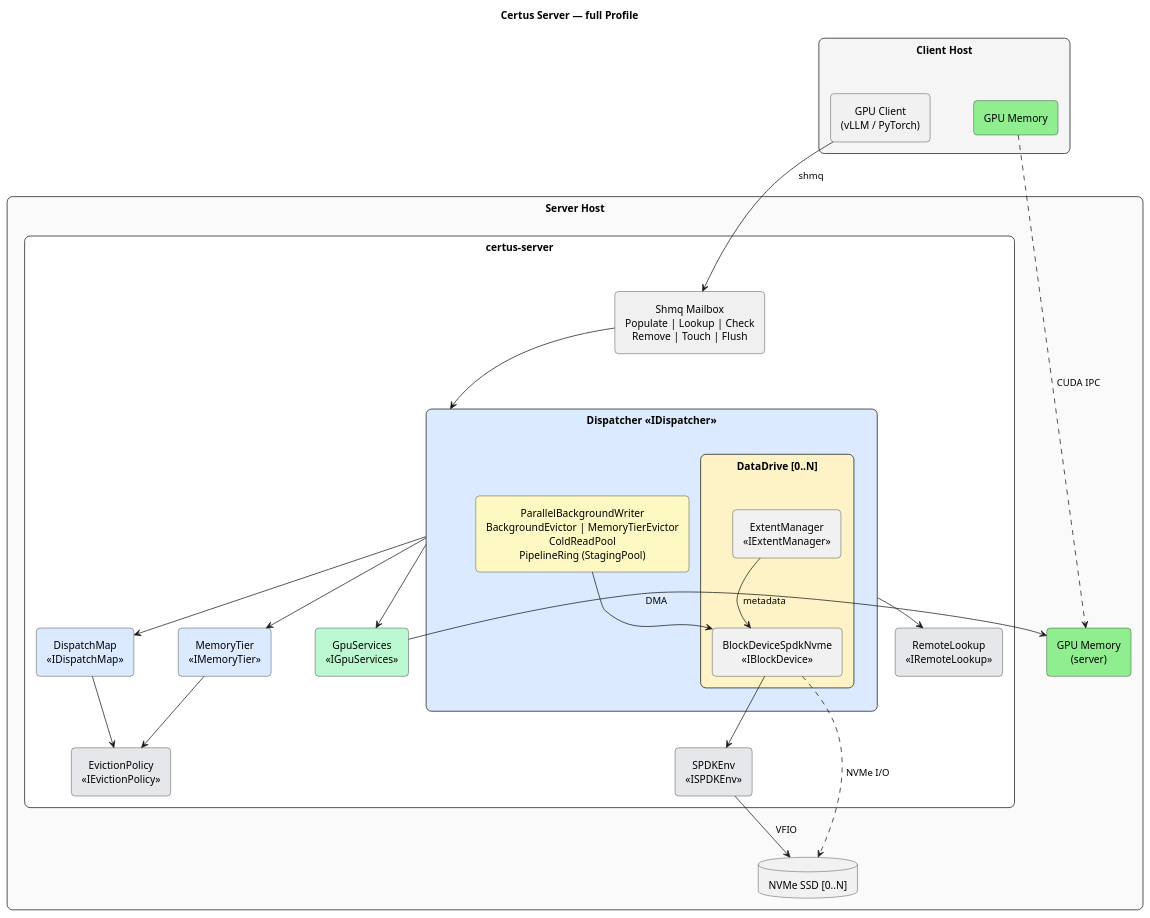
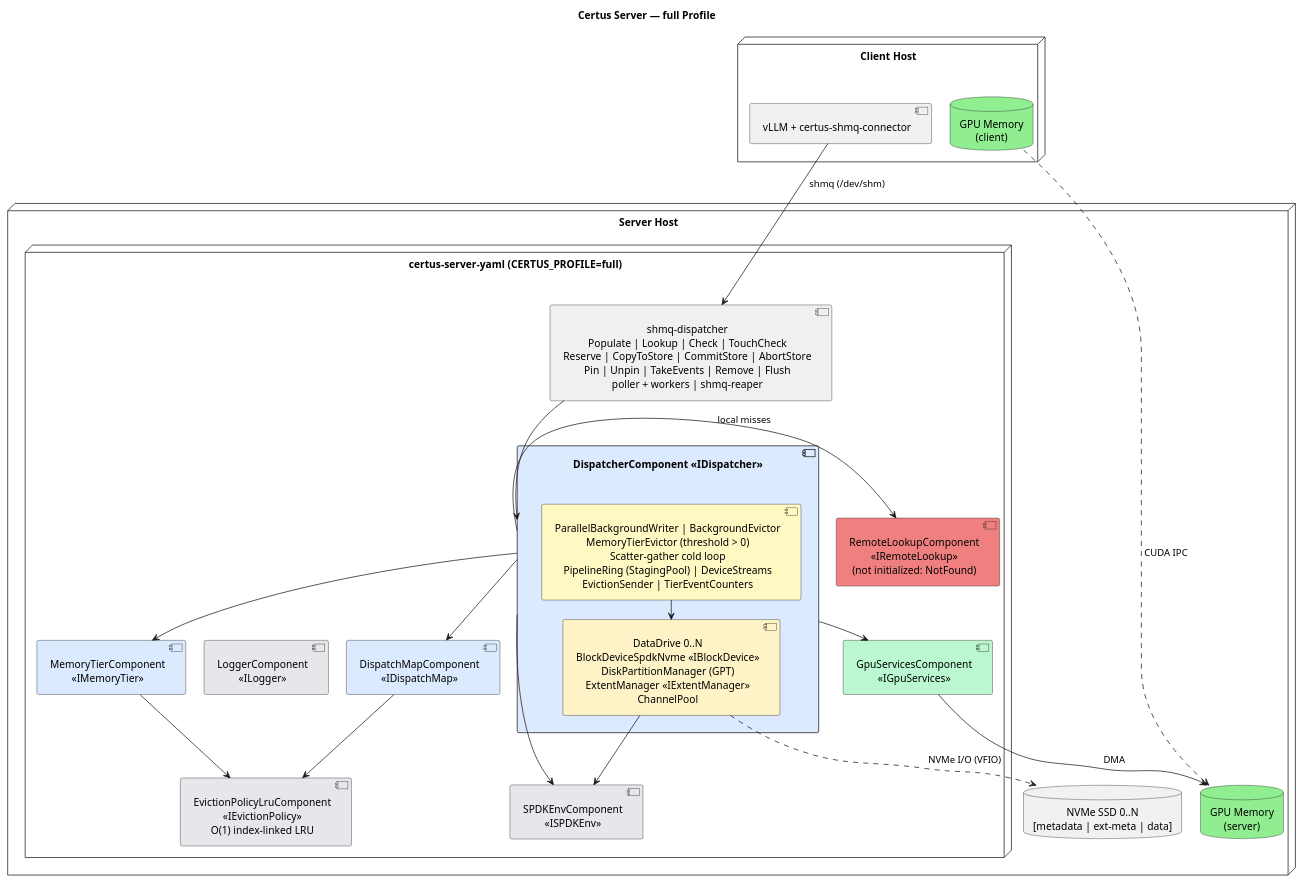
The diagram in design/profiles/full/certus-server-deployment.puml (AI-native-Systems-Research/ai-native-storage-certus), drawn with PlantUML before and after one commit. The commit also changed 19 other files, not shown here.

First line of the commit message:
design: sync full profile artifacts to current code; add full-optimized profile

```diff
--- a/design/profiles/full/certus-server-deployment.puml
+++ b/design/profiles/full/certus-server-deployment.puml
@@ -1,79 +1,59 @@
 @startuml
 skinparam defaultTextAlignment center
-skinparam padding 4
-skinparam nodesep 60
-skinparam ranksep 50
-skinparam rectangle {
-    RoundCorner 15
-}
-skinparam agent {
-    RoundCorner 10
-}
+skinparam padding 3
+skinparam nodesep 25
+skinparam ranksep 25
 hide stereotype
 
 title Certus Server — full Profile
 
-' ============================================================
-' CLIENT
-' ============================================================
-rectangle "**Client Host**" as client_box #F5F5F5 {
-    agent "GPU Client\n(vLLM / PyTorch)" as pyclient
-    agent "GPU Memory" as client_gpu #LightGreen
+node "Client Host" as client_host {
+    component "vLLM + certus-shmq-connector" as pyclient
+    database "GPU Memory\n(client)" as client_gpu #LightGreen
 }
 
-' ============================================================
-' SERVER
-' ============================================================
-rectangle "**Server Host**" as server_box #FAFAFA {
+node "Server Host" as server_host {
+    node "certus-server-yaml (CERTUS_PROFILE=full)" as server_proc {
 
-    rectangle "certus-server" as server_proc #White {
+        component "shmq-dispatcher\nPopulate | Lookup | Check | TouchCheck\nReserve | CopyToStore | CommitStore | AbortStore\nPin | Unpin | TakeEvents | Remove | Flush\npoller + workers | shmq-reaper" as shmq #F0F0F0
 
-        agent "Shmq Mailbox\nPopulate | Lookup | Check\nRemove | Touch | Flush" as shmq #F0F0F0
-
-        rectangle "**Dispatcher** <<IDispatcher>>" as dispatcher #DBEAFE {
-            rectangle "DataDrive [0..N]" as data_drive #FEF3C7 {
-                agent "BlockDeviceSpdkNvme\n<<IBlockDevice>>" as blkdev
-                agent "ExtentManager\n<<IExtentManager>>" as extmgr
-            }
-            agent "ParallelBackgroundWriter\nBackgroundEvictor | MemoryTierEvictor\nColdReadPool\nPipelineRing (StagingPool)" as disp_bg #FEF9C3
+        component "DispatcherComponent <<IDispatcher>>" as dispatcher #DBEAFE {
+            component "DataDrive 0..N\nBlockDeviceSpdkNvme <<IBlockDevice>>\nDiskPartitionManager (GPT)\nExtentManager <<IExtentManager>>\nChannelPool" as data_drive #FEF3C7
+            component "ParallelBackgroundWriter | BackgroundEvictor\nMemoryTierEvictor (threshold > 0)\nScatter-gather cold loop\nPipelineRing (StagingPool) | DeviceStreams\nEvictionSender | TierEventCounters" as disp_bg #FEF9C3
         }
 
-        agent "DispatchMap\n<<IDispatchMap>>" as dispatch_map #DBEAFE
-        agent "MemoryTier\n<<IMemoryTier>>" as memory_tier #DBEAFE
-        agent "EvictionPolicy\n<<IEvictionPolicy>>" as eviction #E5E7EB
-        agent "GpuServices\n<<IGpuServices>>" as gpu_svc #BBF7D0
-        agent "SPDKEnv\n<<ISPDKEnv>>" as spdk_env #E5E7EB
-        agent "RemoteLookup\n<<IRemoteLookup>>" as remote_lookup #E5E7EB
+        component "DispatchMapComponent\n<<IDispatchMap>>" as dispatch_map #DBEAFE
+        component "MemoryTierComponent\n<<IMemoryTier>>" as memory_tier #DBEAFE
+        component "EvictionPolicyLruComponent\n<<IEvictionPolicy>>\nO(1) index-linked LRU" as eviction #E5E7EB
+        component "GpuServicesComponent\n<<IGpuServices>>" as gpu_svc #BBF7D0
+        component "SPDKEnvComponent\n<<ISPDKEnv>>" as spdk_env #E5E7EB
+        component "RemoteLookupComponent\n<<IRemoteLookup>>\n(not initialized: NotFound)" as remote_lookup #LightCoral
+        component "LoggerComponent\n<<ILogger>>" as logger #E5E7EB
     }
 
-    agent "GPU Memory\n(server)" as server_gpu #LightGreen
-    database "NVMe SSD [0..N]" as nvme_data
+    database "GPU Memory\n(server)" as server_gpu #LightGreen
+    database "NVMe SSD 0..N\n[metadata | ext-meta | data]" as nvme_data
 }
 
-' ============================================================
-' CONNECTIONS
-' ============================================================
-
-pyclient -down-> shmq : shmq
+pyclient -down-> shmq : shmq (/dev/shm)
 client_gpu .down.> server_gpu : CUDA IPC
 
 shmq -down-> dispatcher
 
 dispatcher -down-> dispatch_map
 dispatcher -down-> memory_tier
 dispatcher -down-> gpu_svc
-dispatcher --> remote_lookup
+dispatcher -down-> spdk_env
+dispatcher -right-> remote_lookup : local misses
 
 dispatch_map -down-> eviction
 memory_tier -down-> eviction
 
-disp_bg --> blkdev
-blkdev -down-> spdk_env
-extmgr --> blkdev : metadata
+disp_bg --> data_drive
+data_drive -down-> spdk_env
 
-gpu_svc -right-> server_gpu : DMA
+gpu_svc -down-> server_gpu : DMA
+data_drive .down.> nvme_data : NVMe I/O (VFIO)
 
-spdk_env -down-> nvme_data : VFIO
-blkdev .down.> nvme_data : NVMe I/O
-
+logger -[hidden]- eviction
 @enduml
```
